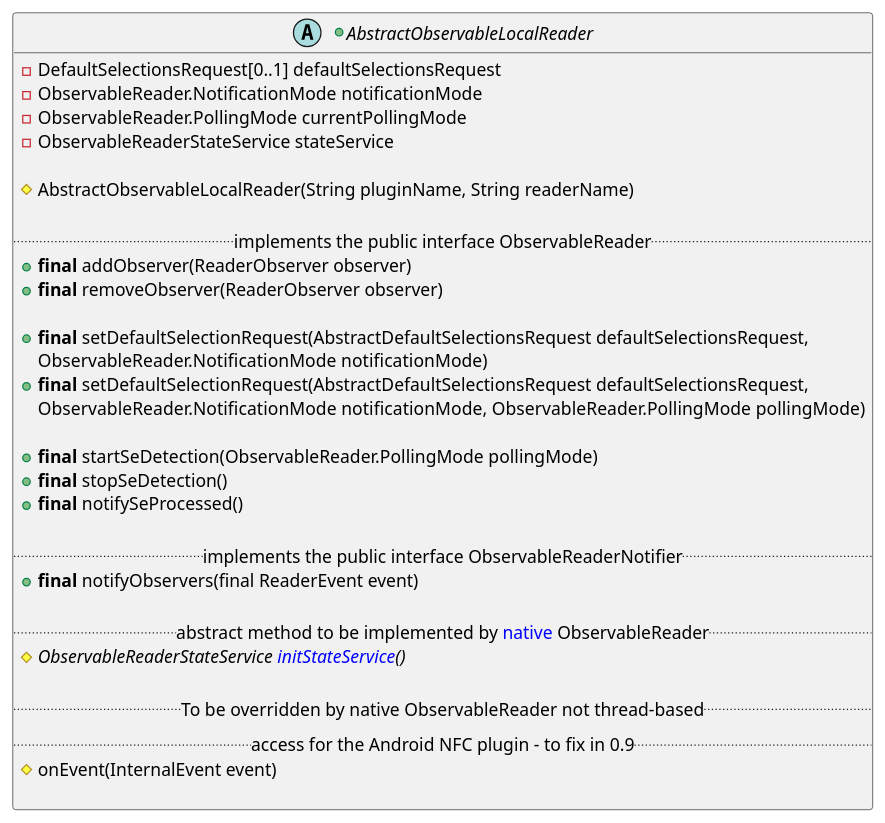
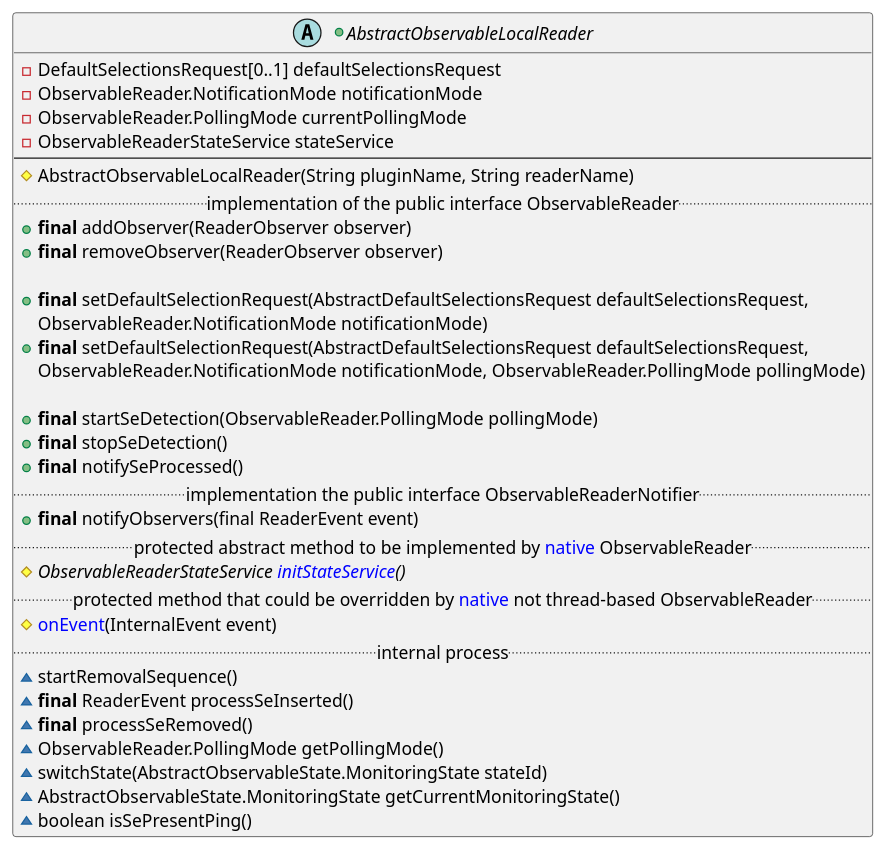
Diagram 26 of 26 in src/KeypleCoreApi/PluginApi/puml/KeypleCore-PluginApi-ClassDiag-SE_Proxy-ClassElements.iuml (calypsonet/keyple), drawn with PlantUML before and after one commit. The commit also changed other lines of this file and 19 other files, not shown here.

Commit message:
internal plugin API visibility access fixes

```diff
--- a/src/KeypleCoreApi/PluginApi/puml/KeypleCore-PluginApi-ClassDiag-SE_Proxy-ClassElements.iuml
+++ b/src/KeypleCoreApi/PluginApi/puml/KeypleCore-PluginApi-ClassDiag-SE_Proxy-ClassElements.iuml
@@ -589,42 +592,41 @@
 @startuml(id=PLUGIN_OBSERVABLEREADER_0_9_0)
 +abstract AbstractObservableLocalReader {
   -DefaultSelectionsRequest[0..1] defaultSelectionsRequest
   -ObservableReader.NotificationMode notificationMode
   -ObservableReader.PollingMode currentPollingMode
   -ObservableReaderStateService stateService
-
+  --
   #AbstractObservableLocalReader(String pluginName, String readerName)
-
-  .. implements the public interface ObservableReader ..
+'
+  .. implementation of the public interface ObservableReader ..
   +<b>final</b> addObserver(ReaderObserver observer)
   +<b>final</b> removeObserver(ReaderObserver observer)
 
   +<b>final</b> setDefaultSelectionRequest(AbstractDefaultSelectionsRequest defaultSelectionsRequest,
     ObservableReader.NotificationMode notificationMode)
   +<b>final</b> setDefaultSelectionRequest(AbstractDefaultSelectionsRequest defaultSelectionsRequest,
     ObservableReader.NotificationMode notificationMode, ObservableReader.PollingMode pollingMode)
 
   +<b>final</b> startSeDetection(ObservableReader.PollingMode pollingMode)
   +<b>final</b> stopSeDetection()
   +<b>final</b> notifySeProcessed()
-
-  .. implements the public interface ObservableReaderNotifier ..
+'
+  .. implementation the public interface ObservableReaderNotifier ..
   +<b>final</b> notifyObservers(final ReaderEvent event)
-
-  .. abstract method to be implemented by <color:blue>native</color> ObservableReader ..
+'
+  .. protected abstract method to be implemented by <color:blue>native</color> ObservableReader ..
   #{abstract} ObservableReaderStateService <color:blue>initStateService</color>()
-
-  .. To be overridden by native ObservableReader not thread-based ..
-  .. access for the Android NFC plugin - to fix in 0.9 ..
-  #onEvent(InternalEvent event)
-
-'  .. internal ..
-'  ~startRemovalSequence()
-'  ~<b>final</b> ReaderEvent processSeInserted()
-'  ~<b>final</b> processSeRemoved()
-'  ~ObservableReader.PollingMode getPollingMode()
-'  ~switchState(AbstractObservableState.MonitoringState stateId)
-'  ~AbstractObservableState.MonitoringState getCurrentMonitoringState()
-'  ~boolean isSePresentPing()
+'
+  .. protected method that could be overridden by <color:blue>native</color> not thread-based ObservableReader ..
+  #<color:blue>onEvent</color>(InternalEvent event)
+'
+  .. internal process ..
+  ~startRemovalSequence()
+  ~<b>final</b> ReaderEvent processSeInserted()
+  ~<b>final</b> processSeRemoved()
+  ~ObservableReader.PollingMode getPollingMode()
+  ~switchState(AbstractObservableState.MonitoringState stateId)
+  ~AbstractObservableState.MonitoringState getCurrentMonitoringState()
+  ~boolean isSePresentPing()
 }
 @enduml
```
